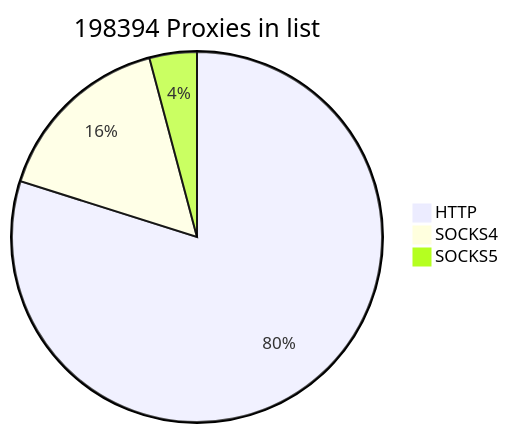
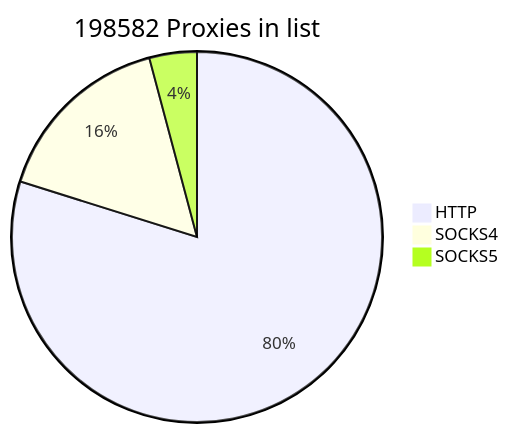
The first of 2 diagrams in README.md (cutipu/proxylist), drawn with Mermaid before and after one commit. The commit also changed other lines of this file, not shown here.

````diff
--- a/README.md
+++ b/README.md
@@ -2,7 +2,7 @@
 ```mermaid
-pie title 198394 Proxies in list
-    "HTTP" : 158471
-    "SOCKS4" : 31715
-    "SOCKS5" : 8208
+pie title 198582 Proxies in list
+    "HTTP" : 158555
+    "SOCKS4" : 31799
+    "SOCKS5" : 8228
             
 ```
````
